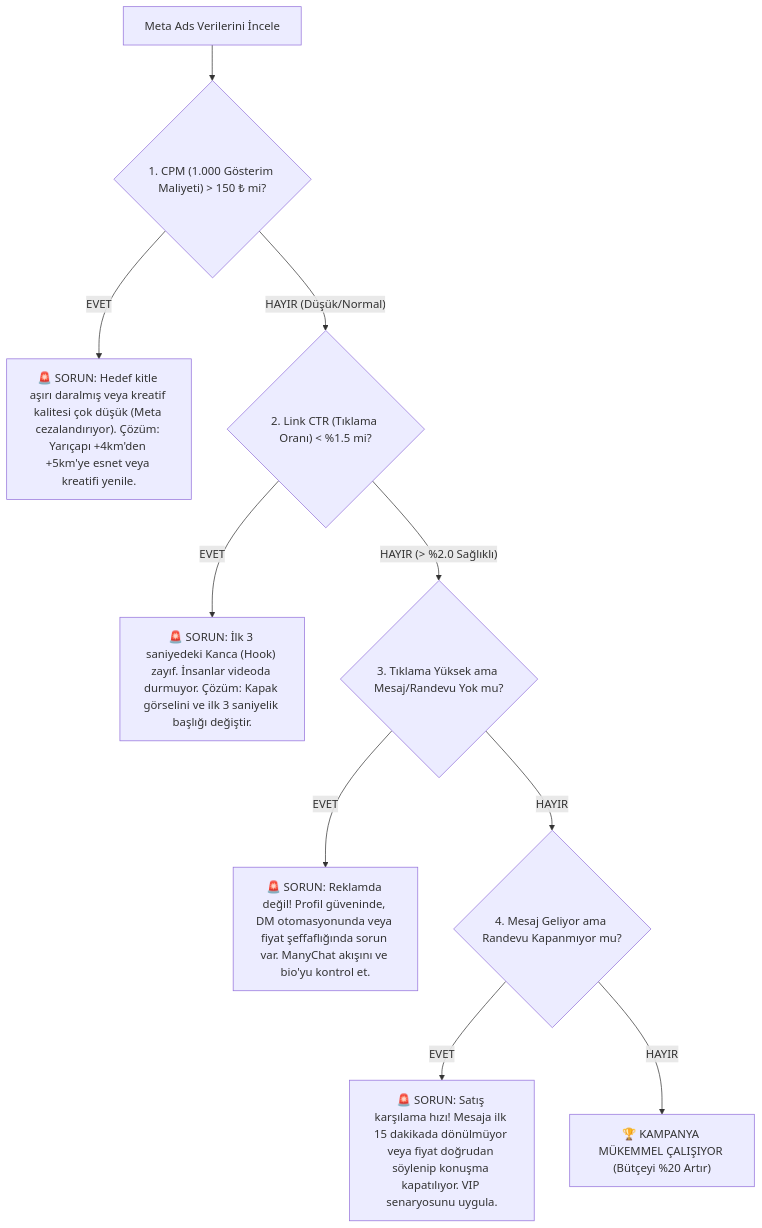
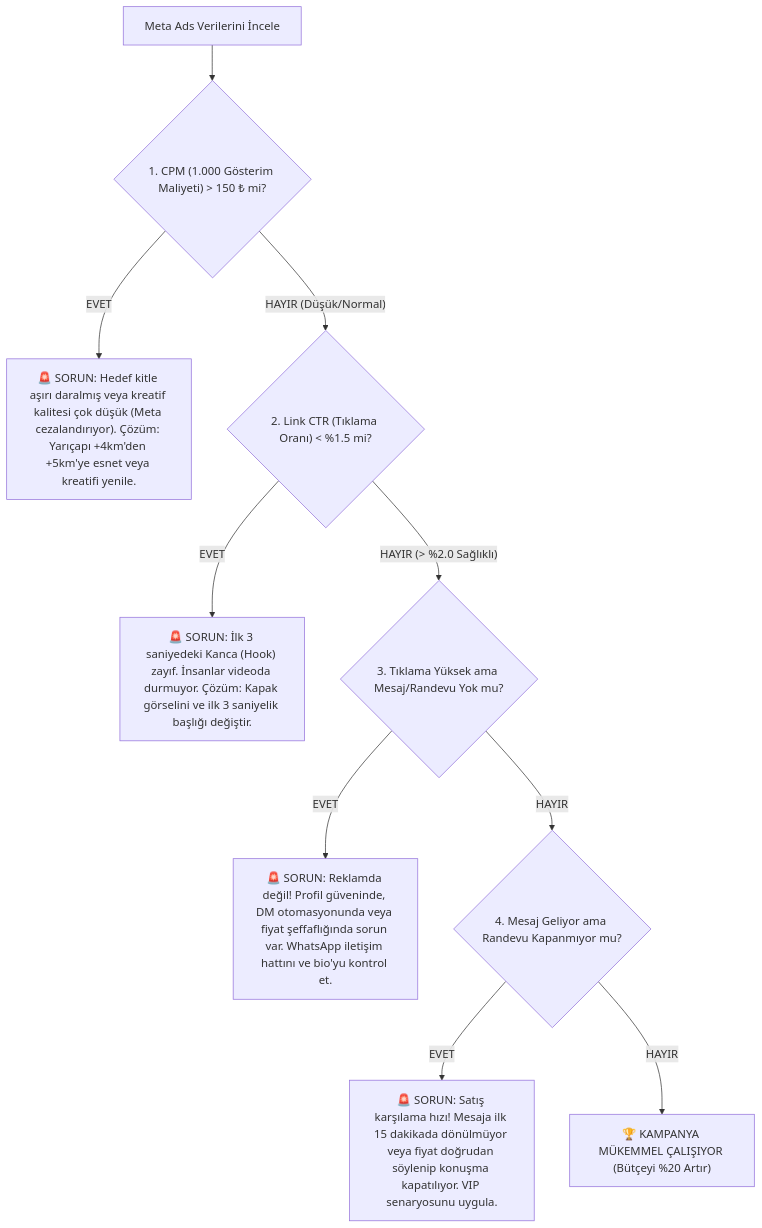
Before and after one commit to ramazantsnn-byte/linail-beauty: the diagram in reklam_calisma_defteri_20_kasim/05_GUNLUK_TAKIP_VE_METRIK_TESHIS_DEFTERI.md, drawn with Mermaid. The commit also changed other lines of this file and 11 other files, not shown here.

````diff
--- a/reklam_calisma_defteri_20_kasim/05_GUNLUK_TAKIP_VE_METRIK_TESHIS_DEFTERI.md
+++ b/reklam_calisma_defteri_20_kasim/05_GUNLUK_TAKIP_VE_METRIK_TESHIS_DEFTERI.md
@@ -10,12 +10,12 @@
 ```mermaid
 flowchart TD
     A["Meta Ads Verilerini İncele"] --> B{"1. CPM (1.000 Gösterim Maliyeti) > 150 ₺ mi?"}
     B -->|"EVET"| B1["🚨 SORUN: Hedef kitle aşırı daralmış veya kreatif kalitesi çok düşük (Meta cezalandırıyor). Çözüm: Yarıçapı +4km'den +5km'ye esnet veya kreatifi yenile."]
     B -->|"HAYIR (Düşük/Normal)"| C{"2. Link CTR (Tıklama Oranı) < %1.5 mi?"}
     C -->|"EVET"| C1["🚨 SORUN: İlk 3 saniyedeki Kanca (Hook) zayıf. İnsanlar videoda durmuyor. Çözüm: Kapak görselini ve ilk 3 saniyelik başlığı değiştir."]
     C -->|"HAYIR (> %2.0 Sağlıklı)"| D{"3. Tıklama Yüksek ama Mesaj/Randevu Yok mu?"}
-    D -->|"EVET"| D1["🚨 SORUN: Reklamda değil! Profil güveninde, DM otomasyonunda veya fiyat şeffaflığında sorun var. ManyChat akışını ve bio'yu kontrol et."]
+    D -->|"EVET"| D1["🚨 SORUN: Reklamda değil! Profil güveninde, DM otomasyonunda veya fiyat şeffaflığında sorun var. WhatsApp iletişim hattını ve bio'yu kontrol et."]
     D -->|"HAYIR"| E{"4. Mesaj Geliyor ama Randevu Kapanmıyor mu?"}
     E -->|"EVET"| E1["🚨 SORUN: Satış karşılama hızı! Mesaja ilk 15 dakikada dönülmüyor veya fiyat doğrudan söylenip konuşma kapatılıyor. VIP senaryosunu uygula."]
     E -->|"HAYIR"| F["🏆 KAMPANYA MÜKEMMEL ÇALIŞIYOR (Bütçeyi %20 Artır)"]
 ```
````
